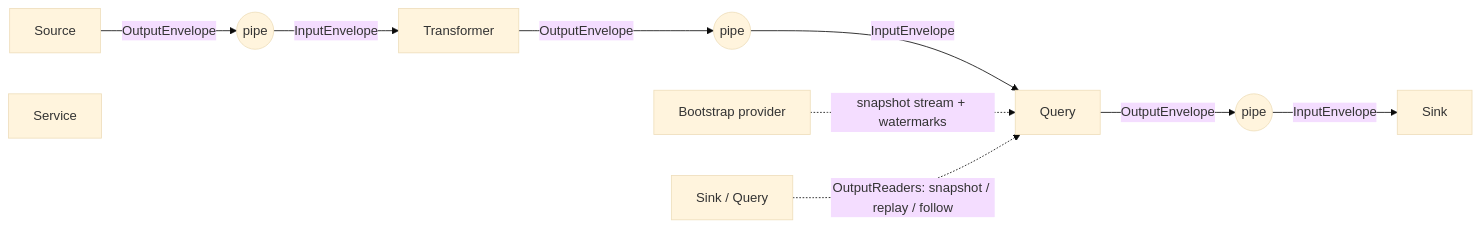
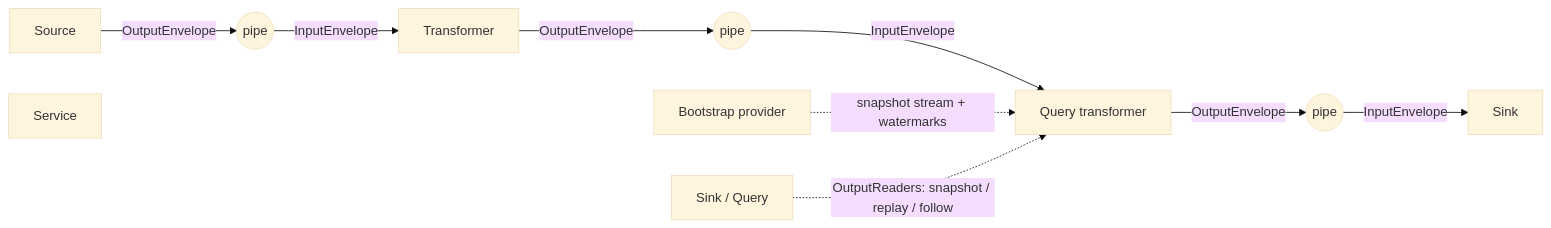
One commit to drasi-project/drasi-core changed the first of 2 diagrams in components/computation-contracts/CONTRACTS.md. Above: the diagram before and after it, drawn with Mermaid (base theme). The commit also changed other lines of this file and 1 other file, not shown here.

````diff
--- a/components/computation-contracts/CONTRACTS.md
+++ b/components/computation-contracts/CONTRACTS.md
@@ -38,12 +42,12 @@
 ```mermaid
 flowchart LR
   S[Source] -- OutputEnvelope --> P1((pipe))
   P1 -- InputEnvelope --> T[Transformer]
   T -- OutputEnvelope --> P2((pipe))
-  P2 -- InputEnvelope --> Q[Query]
+  P2 -- InputEnvelope --> Q[Query transformer]
   Q -- OutputEnvelope --> P3((pipe))
   P3 -- InputEnvelope --> K[Sink]
   B[Bootstrap provider] -. snapshot stream + watermarks .-> Q
   K2[Sink / Query] -. OutputReaders: snapshot / replay / follow .-> Q
   SV[Service]
 ```
````
